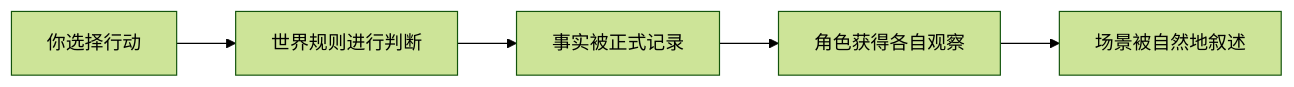
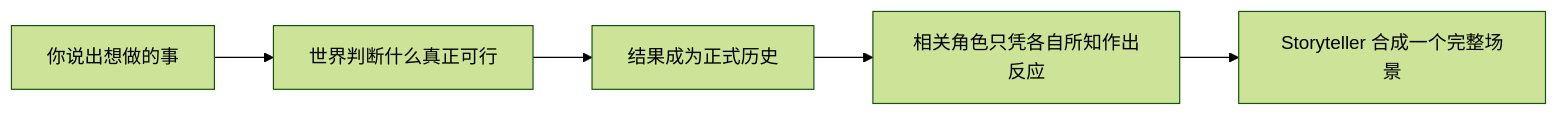
The diagram in README.zh-CN.md (HenryQUQ/harness-tavern), drawn with Mermaid (forest theme) before and after one commit. The commit also changed other lines of this file and 76 other files, not shown here.

````diff
--- a/README.zh-CN.md
+++ b/README.zh-CN.md
@@ -36,7 +44,7 @@
 ```mermaid
 flowchart LR
-    A[你选择行动] --> B[世界规则进行判断]
-    B --> C[事实被正式记录]
-    C --> D[角色获得各自观察]
-    D --> E[场景被自然地叙述]
+    A[你说出想做的事] --> B[世界判断什么真正可行]
+    B --> C[结果成为正式历史]
+    C --> D[相关角色只凭各自所知作出反应]
+    D --> E[Storyteller 合成一个完整场景]
 ```
````
